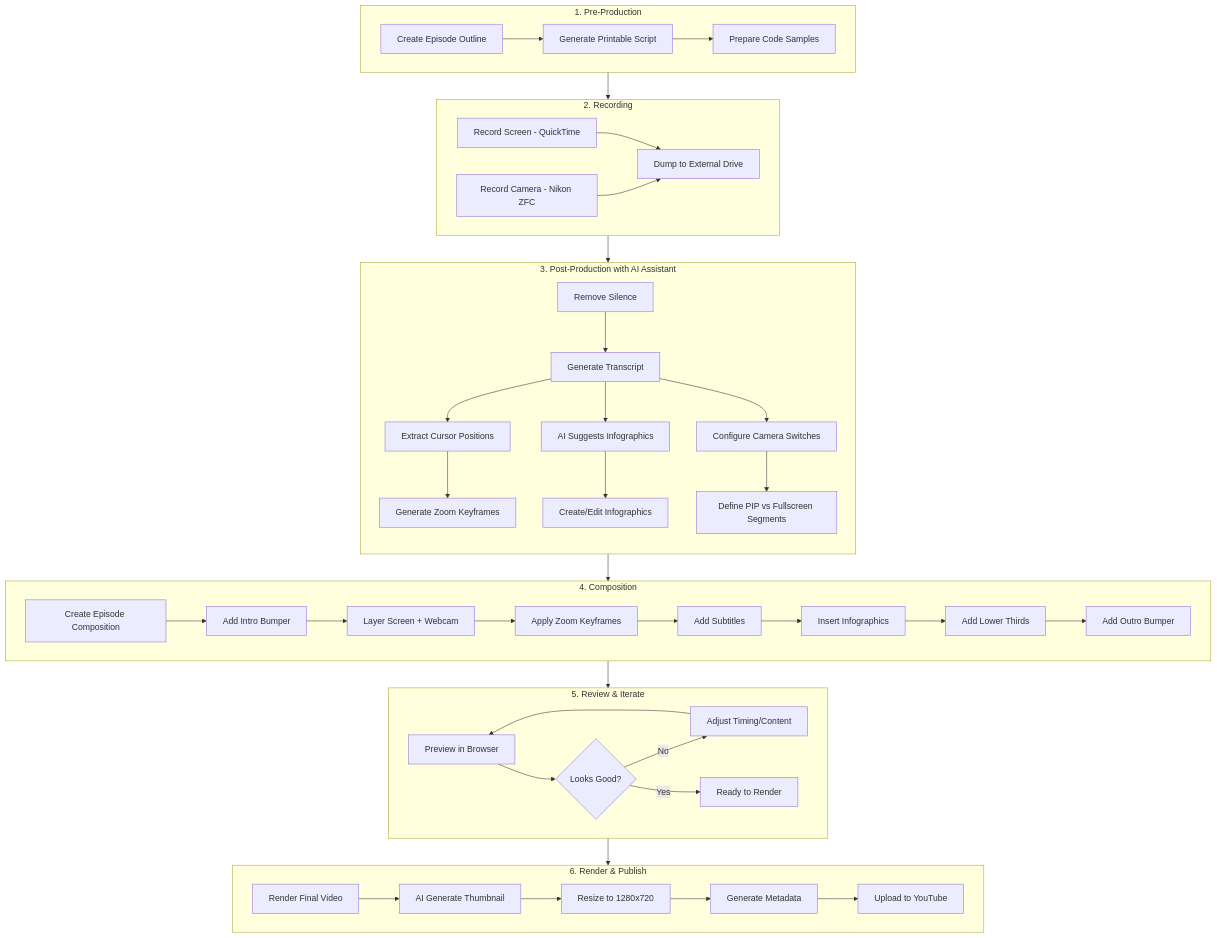
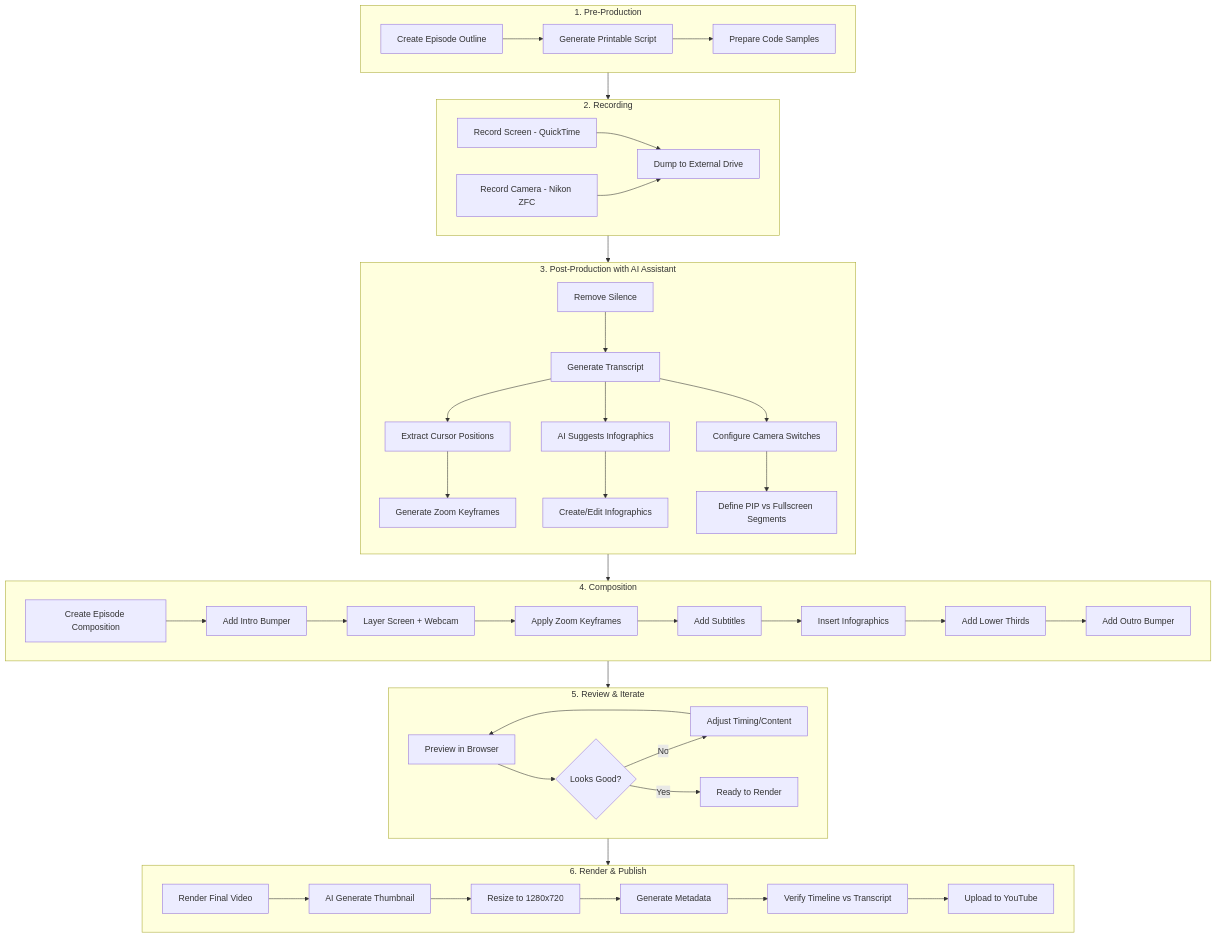
One commit to artivisi/ai-assisted-video-editor changed the diagram in docs/PRODUCTION-WORKFLOW.md. Above: the diagram before and after it, drawn with Mermaid. The commit also changed other lines of this file and 30 other files, not shown here.

First line of the commit message:
Fix timeline markers: verify EP04-07 against transcripts, remove placeholders from EP08-32

````diff
--- a/docs/PRODUCTION-WORKFLOW.md
+++ b/docs/PRODUCTION-WORKFLOW.md
@@ -7,53 +7,54 @@
 ```mermaid
 flowchart TD
     subgraph PRE["1. Pre-Production"]
         A1[Create Episode Outline] --> A2[Generate Printable Script]
         A2 --> A3[Prepare Code Samples]
     end
 
     subgraph REC["2. Recording"]
         B1[Record Screen - QuickTime] --> B3[Dump to External Drive]
         B2[Record Camera - Nikon ZFC] --> B3
     end
 
     subgraph POST["3. Post-Production with AI Assistant"]
         direction TB
         C1[Remove Silence] --> C2[Generate Transcript]
         C2 --> C3[Extract Cursor Positions]
         C3 --> C4[Generate Zoom Keyframes]
         C2 --> C5[AI Suggests Infographics]
         C5 --> C6[Create/Edit Infographics]
         C2 --> C7[Configure Camera Switches]
         C7 --> C8[Define PIP vs Fullscreen Segments]
     end
 
     subgraph COMP["4. Composition"]
         D1[Create Episode Composition] --> D2[Add Intro Bumper]
         D2 --> D3[Layer Screen + Webcam]
         D3 --> D4[Apply Zoom Keyframes]
         D4 --> D5[Add Subtitles]
         D5 --> D6[Insert Infographics]
         D6 --> D7[Add Lower Thirds]
         D7 --> D8[Add Outro Bumper]
     end
 
     subgraph REVIEW["5. Review & Iterate"]
         E1[Preview in Browser] --> E2{Looks Good?}
         E2 -->|No| E3[Adjust Timing/Content]
         E3 --> E1
         E2 -->|Yes| E4[Ready to Render]
     end
 
     subgraph PUBLISH["6. Render & Publish"]
         F1[Render Final Video] --> F2[AI Generate Thumbnail]
         F2 --> F2b[Resize to 1280x720]
         F2b --> F3[Generate Metadata]
-        F3 --> F4[Upload to YouTube]
+        F3 --> F3b[Verify Timeline vs Transcript]
+        F3b --> F4[Upload to YouTube]
     end
 
     PRE --> REC
     REC --> POST
     POST --> COMP
     COMP --> REVIEW
     REVIEW --> PUBLISH
 ```
````
